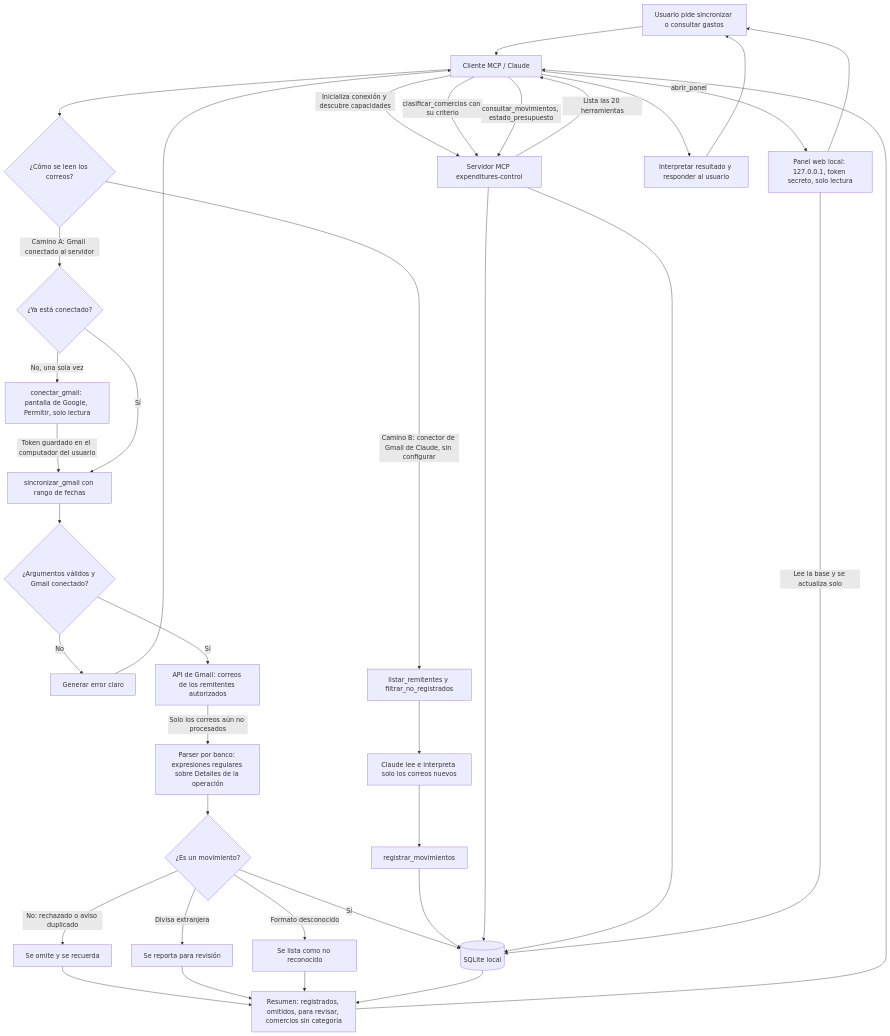
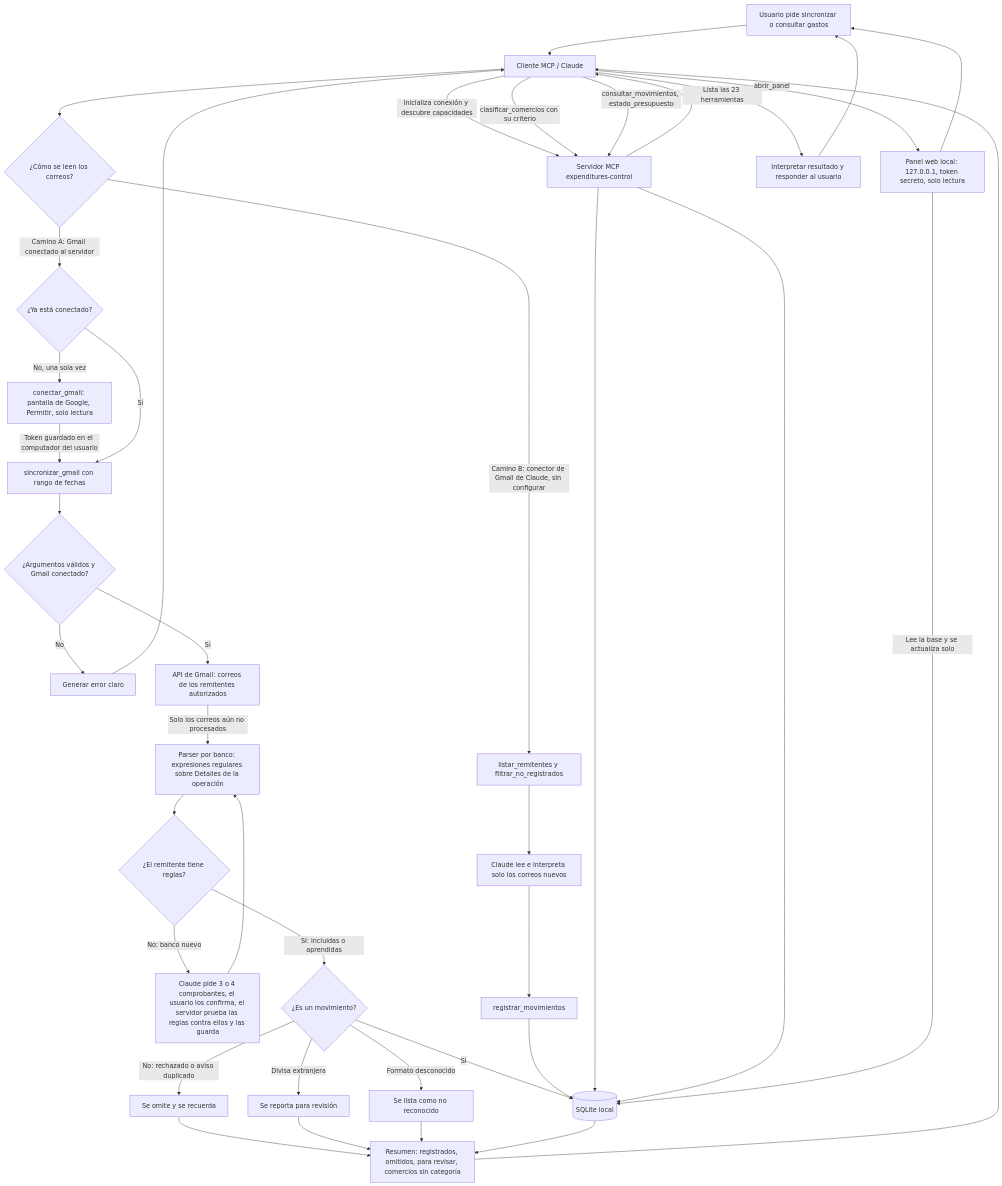
One commit to estebanjc78/expenditure changed the diagram in docs/diagrama-proceso-mcp.md. Above: the diagram before and after it, drawn with Mermaid. The commit also changed 6 other files, not shown here.

Commit message:
docs: guide to add any bank by learning its notices; hint in listar_remitentes; README, manifest and diagram updated

````diff
--- a/docs/diagrama-proceso-mcp.md
+++ b/docs/diagrama-proceso-mcp.md
@@ -8,45 +8,48 @@
 ```mermaid
 flowchart TD
     U["Usuario pide sincronizar o consultar gastos"] --> C["Cliente MCP / Claude"]
     C -->|"Inicializa conexión y descubre capacidades"| S["Servidor MCP expenditures-control"]
-    S -->|"Lista las 20 herramientas"| C
+    S -->|"Lista las 23 herramientas"| C
 
     C --> D{"¿Cómo se leen los correos?"}
 
     D -->|"Camino A: Gmail conectado al servidor"| A0{"¿Ya está conectado?"}
     A0 -->|"No, una sola vez"| A1["conectar_gmail: pantalla de Google, Permitir, solo lectura"]
     A1 -->|"Token guardado en el computador del usuario"| A2
     A0 -->|"Sí"| A2["sincronizar_gmail con rango de fechas"]
     A2 --> V{"¿Argumentos válidos y Gmail conectado?"}
     V -->|"No"| E["Generar error claro"]
     E --> C
     V -->|"Sí"| G["API de Gmail: correos de los remitentes autorizados"]
     G -->|"Solo los correos aún no procesados"| P["Parser por banco: expresiones regulares sobre Detalles de la operación"]
-    P --> K{"¿Es un movimiento?"}
+    P --> N{"¿El remitente tiene reglas?"}
+    N -->|"No: banco nuevo"| L["Claude pide 3 o 4 comprobantes, el usuario los confirma, el servidor prueba las reglas contra ellos y las guarda"]
+    L --> P
+    N -->|"Sí: incluidas o aprendidas"| K{"¿Es un movimiento?"}
     K -->|"No: rechazado o aviso duplicado"| X["Se omite y se recuerda"]
     K -->|"Divisa extranjera"| R["Se reporta para revisión"]
     K -->|"Formato desconocido"| Y["Se lista como no reconocido"]
     K -->|"Sí"| DB[("SQLite local")]
     X --> F["Resumen: registrados, omitidos, para revisar, comercios sin categoría"]
     R --> F
     Y --> F
     DB --> F
     F --> C
 
     D -->|"Camino B: conector de Gmail de Claude, sin configurar"| B1["listar_remitentes y filtrar_no_registrados"]
     B1 --> B2["Claude lee e interpreta solo los correos nuevos"]
     B2 --> B3["registrar_movimientos"]
     B3 --> DB
 
     C -->|"clasificar_comercios con su criterio"| S
     S --> DB
     C -->|"consultar_movimientos, estado_presupuesto"| S
     S --> DB
 
     C -->|"abrir_panel"| W["Panel web local: 127.0.0.1, token secreto, solo lectura"]
     W -->|"Lee la base y se actualiza solo"| DB
     W --> U
 
     C --> A["Interpretar resultado y responder al usuario"]
     A --> U
 ```
````
